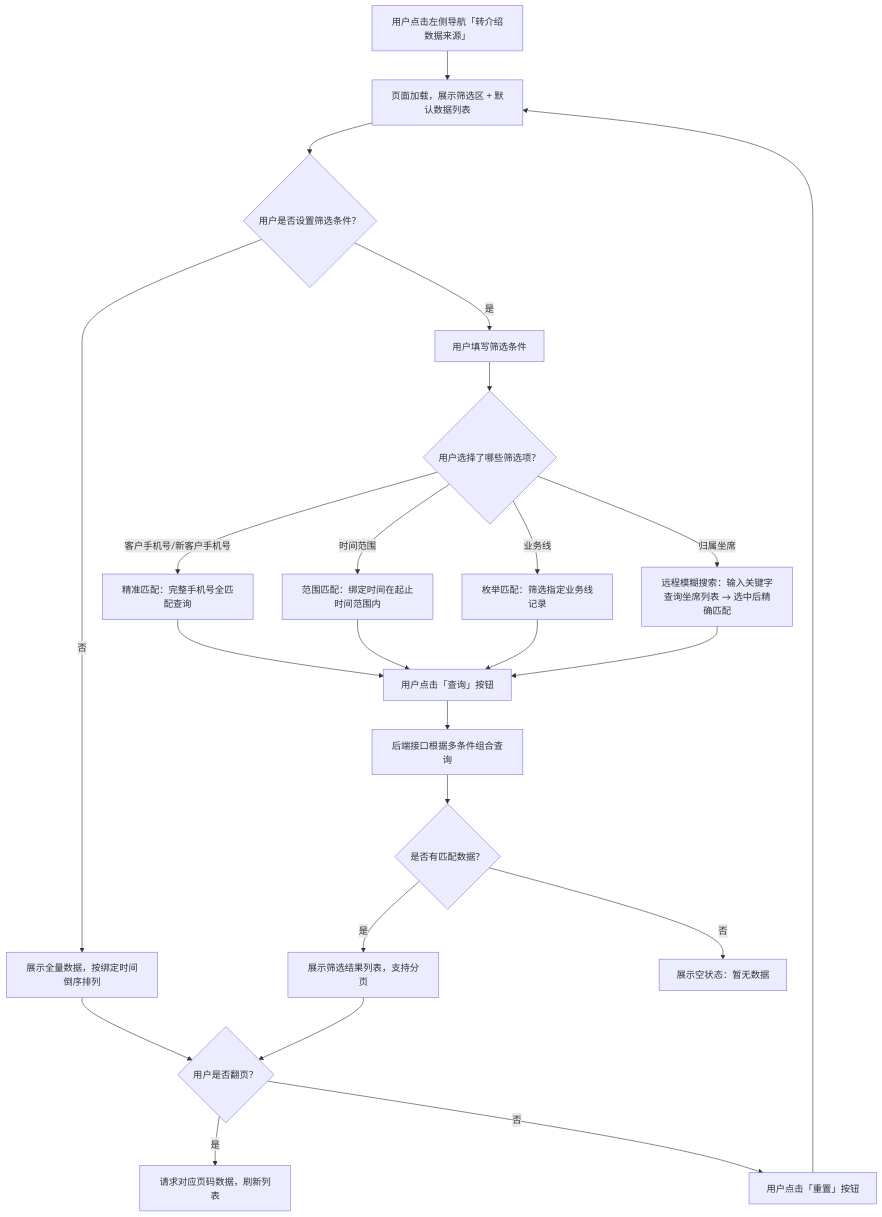
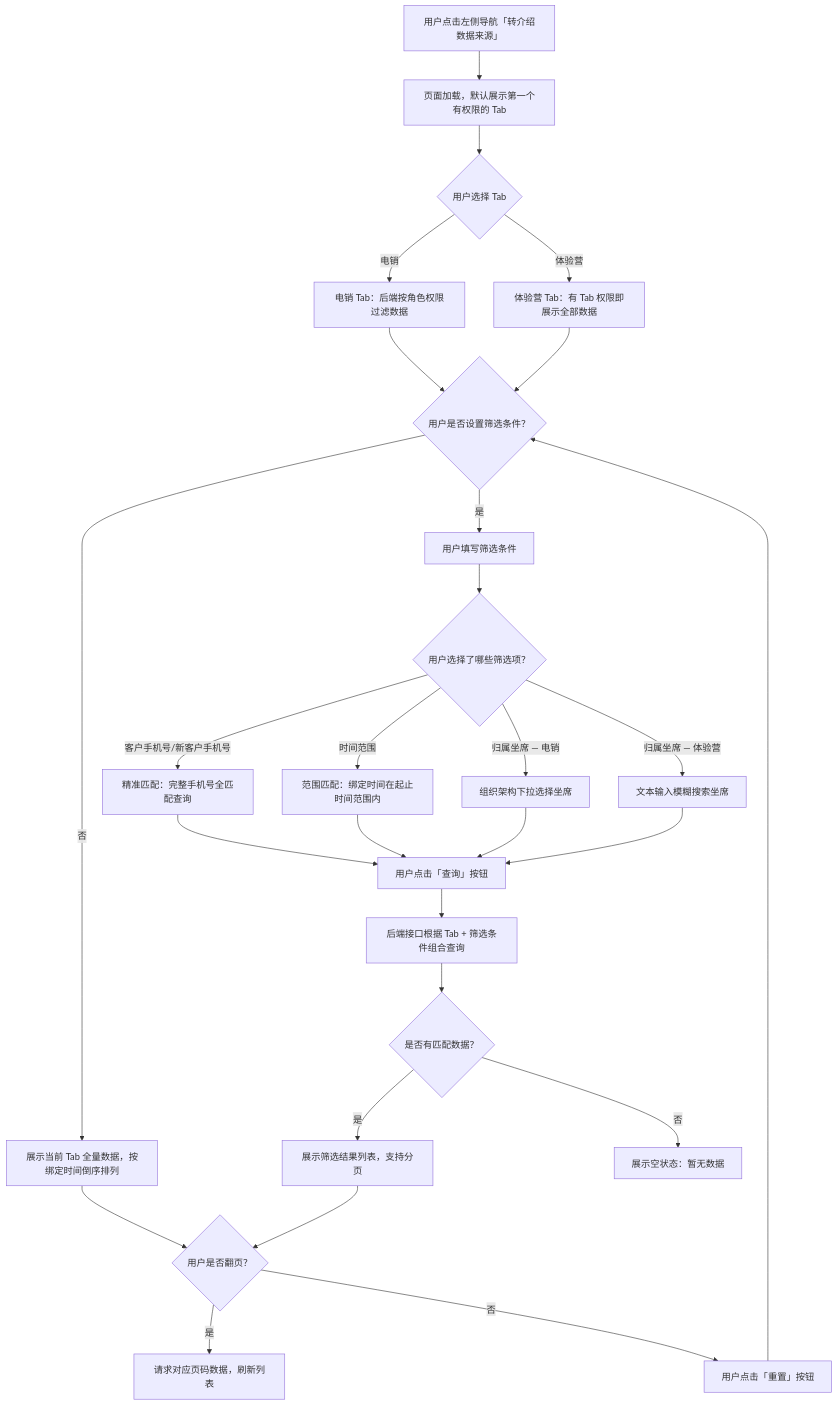
Before and after one commit to Yping-98/referral-data-source: the diagram in 转介绍数据来源-PRD.md, drawn with Mermaid. The commit also changed other lines of this file and 1 other file, not shown here.

````diff
--- a/转介绍数据来源-PRD.md
+++ b/转介绍数据来源-PRD.md
@@ -53,22 +57,26 @@
 ```mermaid
 flowchart TD
-    A[用户点击左侧导航「转介绍数据来源」] --> B[页面加载，展示筛选区 + 默认数据列表]
-    B --> C{用户是否设置筛选条件？}
-    C -->|否| D[展示全量数据，按绑定时间倒序排列]
+    A[用户点击左侧导航「转介绍数据来源」] --> B[页面加载，默认展示第一个有权限的 Tab]
+    B --> T{用户选择 Tab}
+    T -->|电销| T1[电销 Tab：后端按角色权限过滤数据]
+    T -->|体验营| T2[体验营 Tab：有 Tab 权限即展示全部数据]
+    T1 --> C{用户是否设置筛选条件？}
+    T2 --> C
+    C -->|否| D[展示当前 Tab 全量数据，按绑定时间倒序排列]
     C -->|是| E[用户填写筛选条件]
     E --> F{用户选择了哪些筛选项？}
     F -->|客户手机号/新客户手机号| G[精准匹配：完整手机号全匹配查询]
     F -->|时间范围| H[范围匹配：绑定时间在起止时间范围内]
-    F -->|业务线| I[枚举匹配：筛选指定业务线记录]
-    F -->|归属坐席| J[远程模糊搜索：输入关键字查询坐席列表 → 选中后精确匹配]
-    G & H & I & J --> L[用户点击「查询」按钮]
-    L --> M[后端接口根据多条件组合查询]
+    F -->|归属坐席 — 电销| J1[组织架构下拉选择坐席]
+    F -->|归属坐席 — 体验营| J2[文本输入模糊搜索坐席]
+    G & H & J1 & J2 --> L[用户点击「查询」按钮]
+    L --> M[后端接口根据 Tab + 筛选条件组合查询]
     M --> N{是否有匹配数据？}
     N -->|是| O[展示筛选结果列表，支持分页]
     N -->|否| P[展示空状态：暂无数据]
     O --> Q{用户是否翻页？}
     Q -->|是| R[请求对应页码数据，刷新列表]
     Q -->|否| S[用户点击「重置」按钮]
-    S --> B
+    S --> C
     D --> Q
 ```
````
